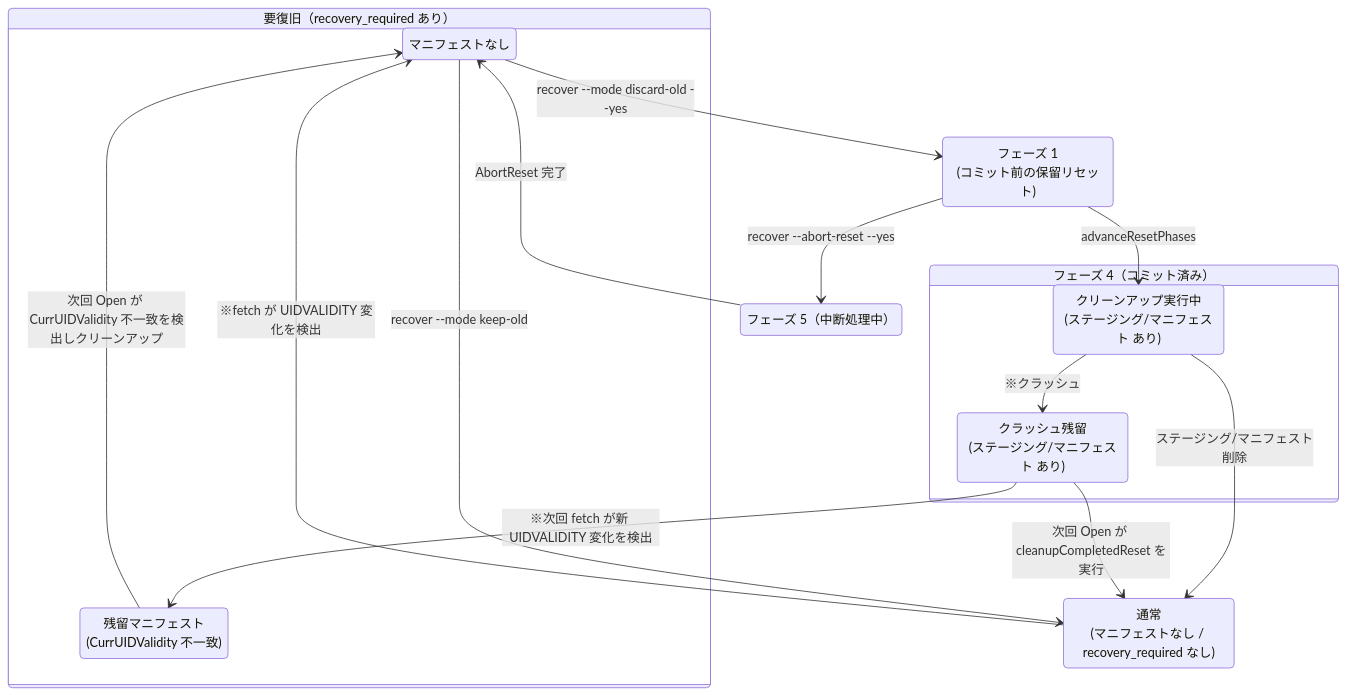
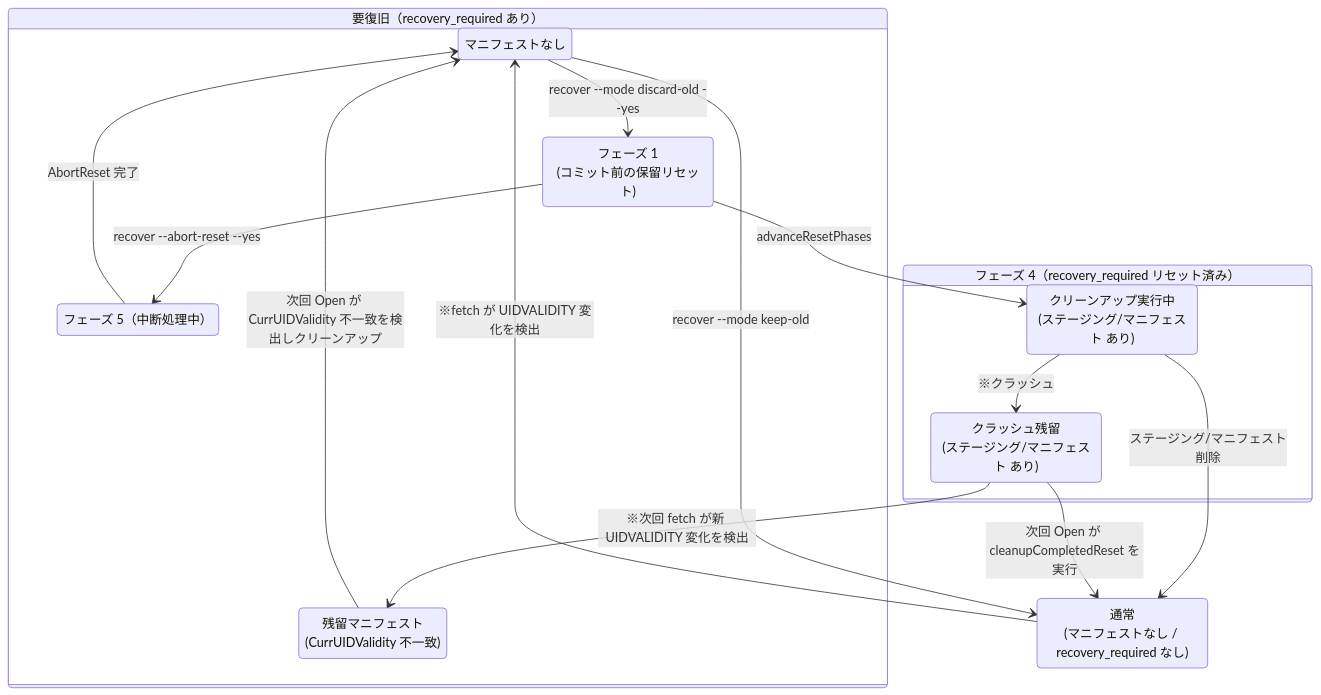
One commit to isseis/tlsrpt-digest changed the diagram in docs/dev/adr/0003_reset_phase_design.ja.md. Above: the diagram before and after it, drawn with Mermaid. The commit also changed other lines of this file, not shown here.

First line of the commit message:
docs(adr-0003): replace commit-centric terms with reset/recovery_required terminology

````diff
--- a/docs/dev/adr/0003_reset_phase_design.ja.md
+++ b/docs/dev/adr/0003_reset_phase_design.ja.md
@@ -91,29 +91,28 @@
 ```mermaid
 stateDiagram-v2
     state "要復旧（recovery_required あり）" as RecoveryReq {
         state "マニフェストなし" as RR
         state "残留マニフェスト<br/>(CurrUIDValidity 不一致)" as StaleM
+        state "フェーズ 1<br/>(コミット前の保留リセット)" as P1
+        state "フェーズ 5（中断処理中）" as P5
     }
 
-    state "フェーズ 1<br/>(コミット前の保留リセット)" as P1
-
-    state "フェーズ 4（コミット済み）" as Phase4 {
+    state "フェーズ 4（recovery_required リセット済み）" as Phase4 {
         state "クリーンアップ実行中<br/>(ステージング/マニフェスト あり)" as P4a
         state "クラッシュ残留<br/>(ステージング/マニフェスト あり)" as P4b
         P4a --> P4b : ※クラッシュ
     }
 
     state "通常<br/>(マニフェストなし / recovery_required なし)" as Normal
-    state "フェーズ 5（中断処理中）" as P5
 
     RR --> Normal : recover --mode keep-old
     RR --> P1 : recover --mode discard-old --yes
     P1 --> P4a : advanceResetPhases
     P4a --> Normal : ステージング/マニフェスト削除
     P4b --> Normal : 次回 Open が cleanupCompletedReset を実行
     P4b --> StaleM : ※次回 fetch が新 UIDVALIDITY 変化を検出
     StaleM --> RR : 次回 Open が CurrUIDValidity 不一致を検出しクリーンアップ
     P1 --> P5 : recover --abort-reset --yes
     P5 --> RR : AbortReset 完了
     Normal --> RR : ※fetch が UIDVALIDITY 変化を検出
 ```
````
